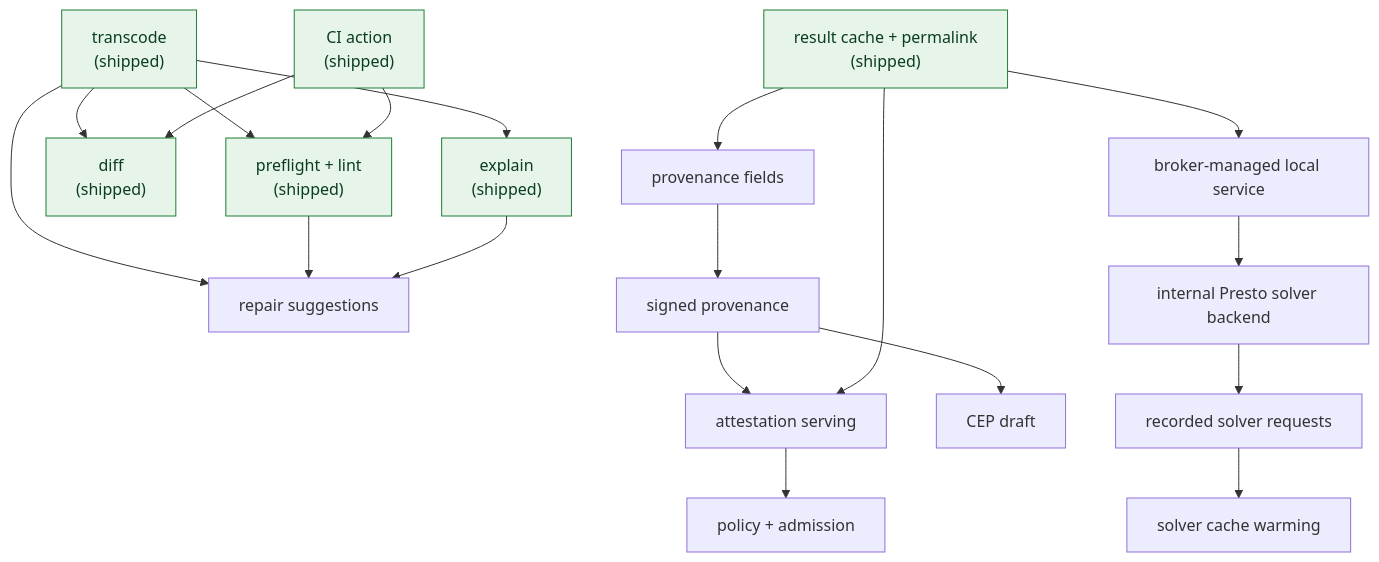
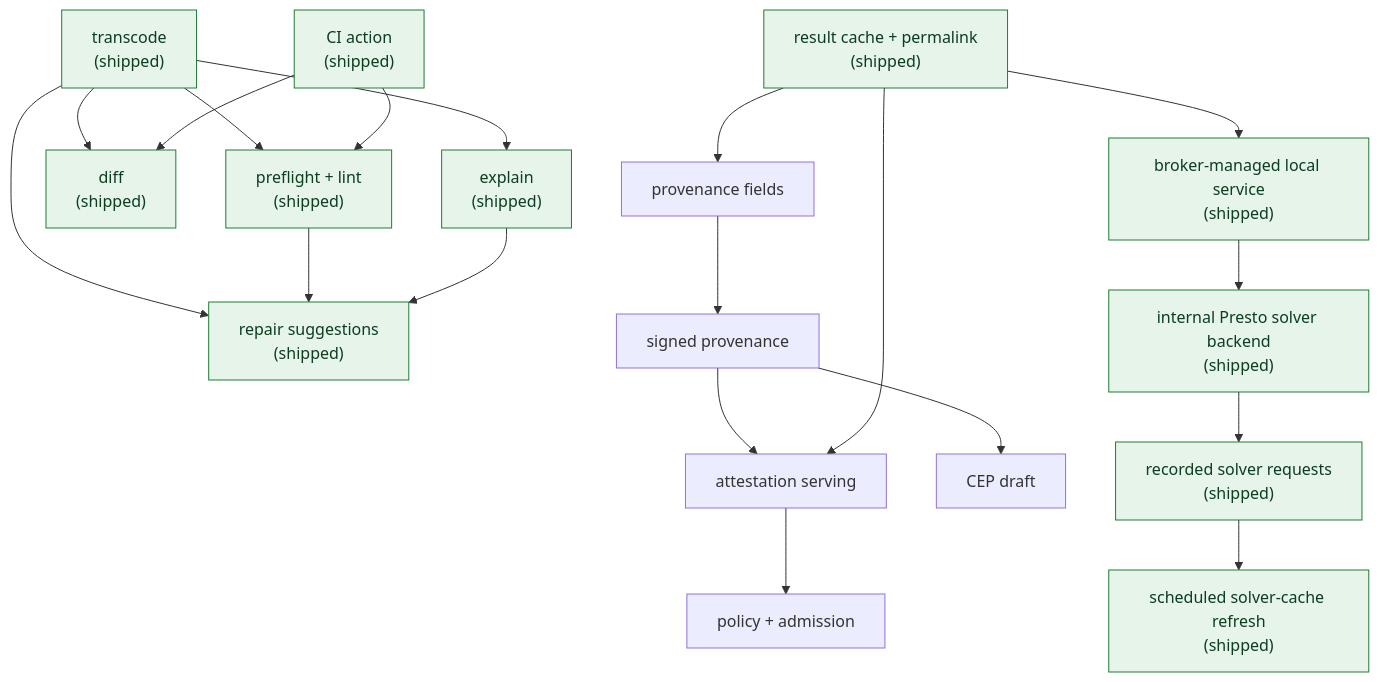
The diagram in docs/proposals.md (jezdez/conda-presto), drawn with Mermaid before and after one commit. The commit also changed other lines of this file and 52 other files, not shown here.

````diff
--- a/docs/proposals.md
+++ b/docs/proposals.md
@@ -71,24 +53,24 @@
 ```{mermaid}
 graph TD
     T["transcode\n(shipped)"] --> PF["preflight + lint\n(shipped)"]
-    T --> RPR["repair suggestions"]
+    T --> RPR["repair suggestions\n(shipped)"]
     T --> D["diff\n(shipped)"]
     T --> E["explain\n(shipped)"]
     P["result cache + permalink\n(shipped)"] --> PV["provenance fields"]
-    P --> B["broker-managed local service"]
-    B --> FS["internal Presto solver backend"]
-    FS --> WC["recorded solver requests"]
-    WC --> CW["solver cache warming"]
+    P --> B["broker-managed local service\n(shipped)"]
+    B --> FS["internal Presto solver backend\n(shipped)"]
+    FS --> WC["recorded solver requests\n(shipped)"]
+    WC --> CW["scheduled solver-cache refresh\n(shipped)"]
     PF --> RPR
     E --> RPR
     PV --> A["signed provenance"]
     A --> CEP["CEP draft"]
     A --> S["attestation serving"]
     P --> S
     S --> AD["policy + admission"]
     GH["CI action\n(shipped)"] --> PF
     GH --> D
 
     classDef shipped fill:#e6f4ea,stroke:#1e7e34,color:#0b3d1f;
-    class T,P,GH,PF,D,E shipped;
+    class T,P,GH,PF,D,E,RPR,B,FS,WC,CW shipped;
 ```
````
